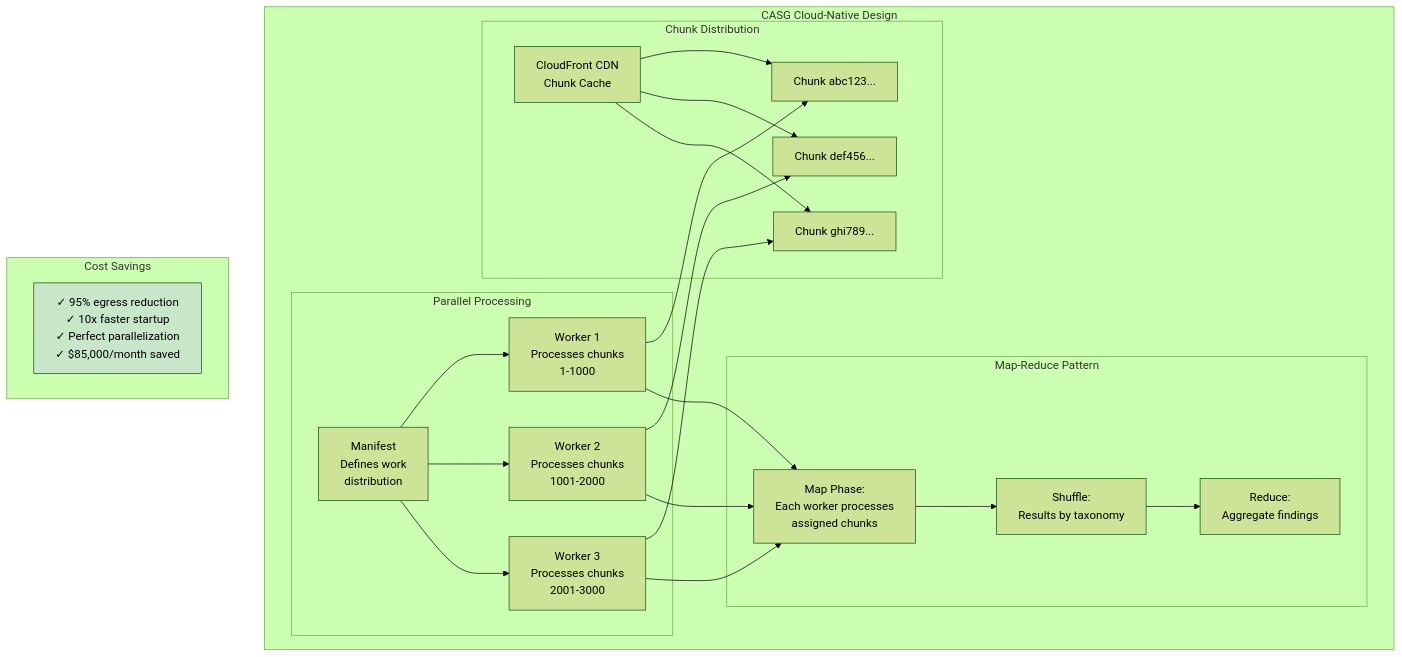
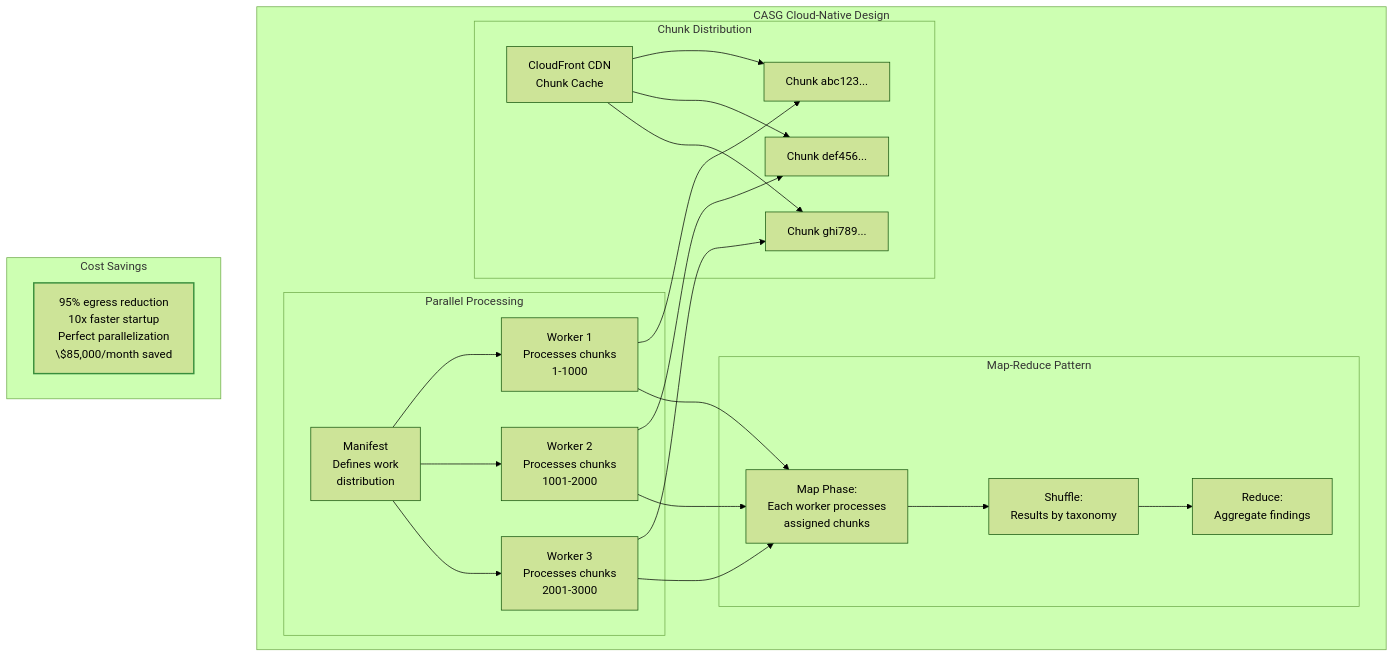
Before and after one commit to bfowle/talaria: the eighth of 12 diagrams in docs/src/casg/case-studies.md, drawn with Mermaid (forest theme). The commit also changed other lines of this file and 65 other files, not shown here.

````diff
--- a/docs/src/casg/case-studies.md
+++ b/docs/src/casg/case-studies.md
@@ -318,53 +386,53 @@
 ```mermaid
 graph TB
     subgraph "CASG Cloud-Native Design"
         subgraph "Chunk Distribution"
             CDN[CloudFront CDN<br/>Chunk Cache]
 
             C1[Chunk abc123...]
             C2[Chunk def456...]
             C3[Chunk ghi789...]
 
             CDN --> C1
             CDN --> C2
             CDN --> C3
         end
 
         subgraph "Parallel Processing"
             M[Manifest<br/>Defines work<br/>distribution]
 
             W1[Worker 1<br/>Processes chunks<br/>1-1000]
             W2[Worker 2<br/>Processes chunks<br/>1001-2000]
             W3[Worker 3<br/>Processes chunks<br/>2001-3000]
 
             M --> W1
             M --> W2
             M --> W3
 
             W1 --> C1
             W2 --> C2
             W3 --> C3
         end
 
         subgraph "Map-Reduce Pattern"
             MAP[Map Phase:<br/>Each worker processes<br/>assigned chunks]
 
             SHUFFLE[Shuffle:<br/>Results by taxonomy]
 
             REDUCE[Reduce:<br/>Aggregate findings]
 
             W1 --> MAP
             W2 --> MAP
             W3 --> MAP
 
             MAP --> SHUFFLE
             SHUFFLE --> REDUCE
         end
     end
 
     subgraph "Cost Savings"
-        SAVE[✓ 95% egress reduction<br/>✓ 10x faster startup<br/>✓ Perfect parallelization<br/>✓ $85,000/month saved]
+        SAVE[95% egress reduction<br/>10x faster startup<br/>Perfect parallelization<br/>\$85,000/month saved]
 
-        style SAVE fill:#c8e6c9
+        style SAVE stroke:#388e3c,stroke-width:2px
     end
 ```
````
